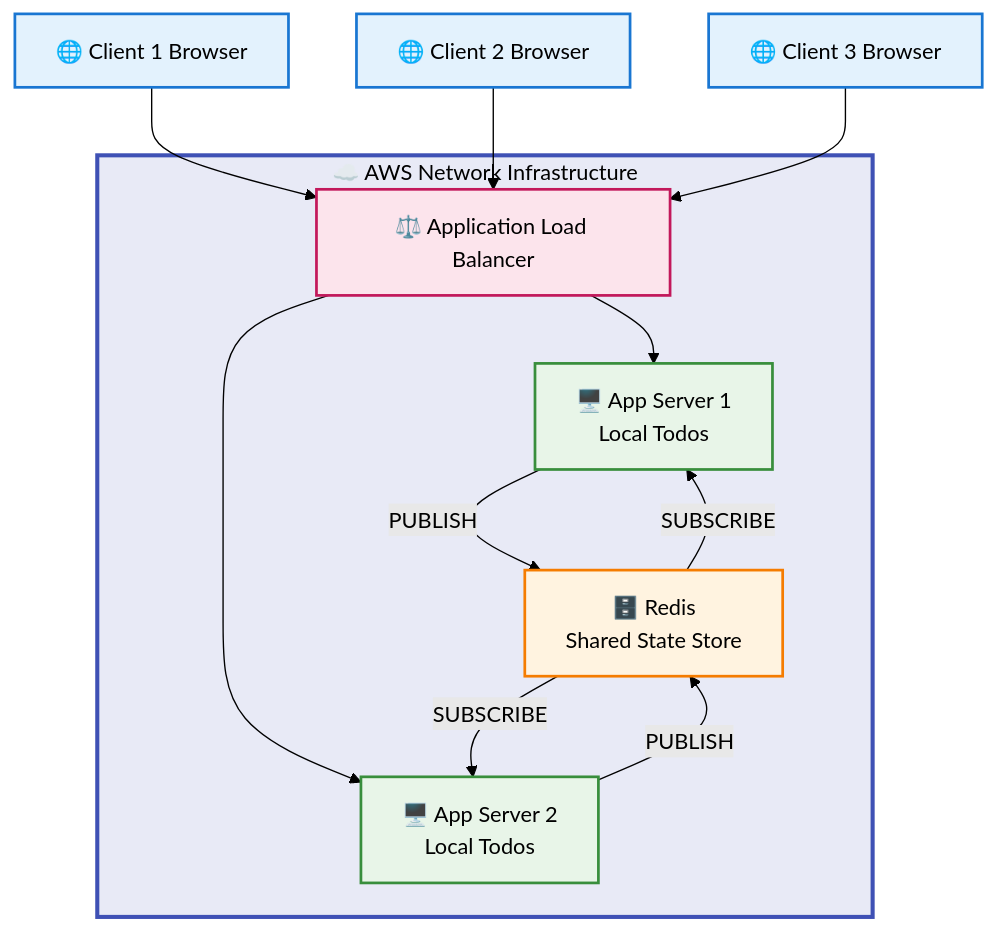
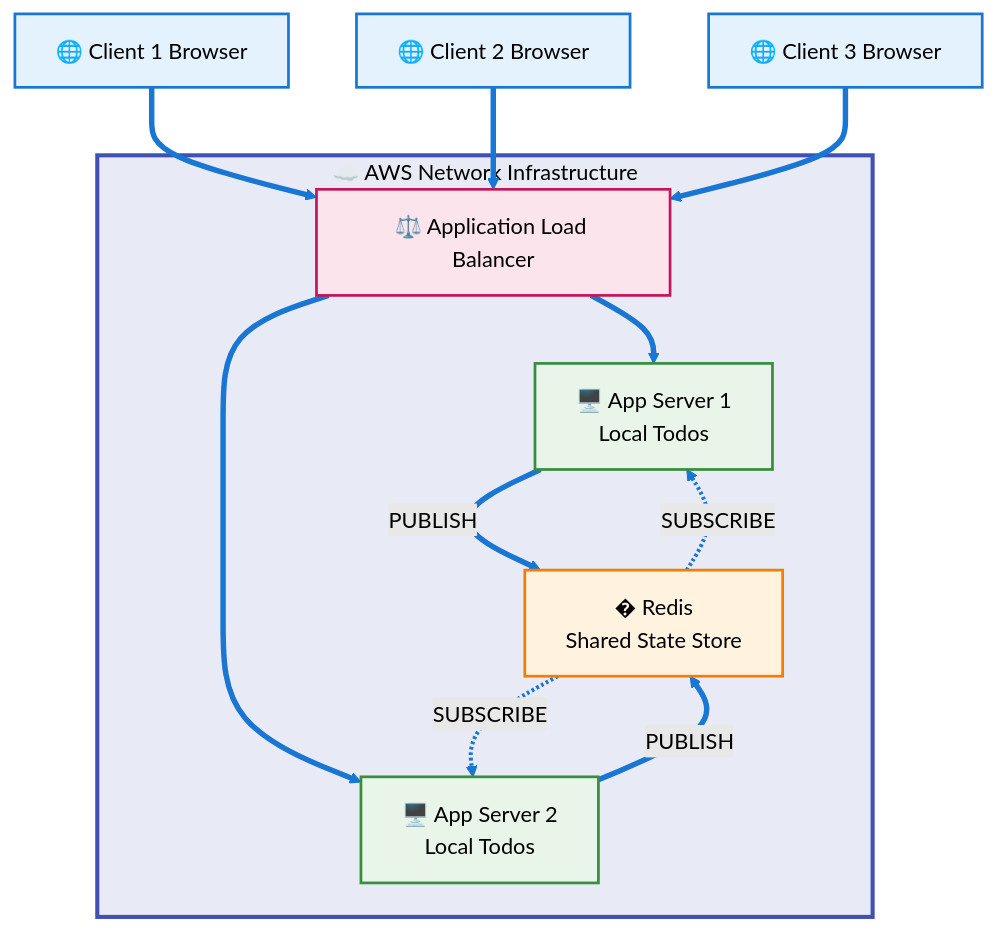
Before and after one commit to Jilan5/mermaid-tester: the diagram in README.md, drawn with Mermaid (forest theme).

````diff
--- a/README.md
+++ b/README.md
@@ -1,38 +1,49 @@
 ```mermaid
 flowchart TD
     %% Clients
     C1[🌐 Client 1 Browser] --> ALB[⚖️ Application Load Balancer]
     C2[🌐 Client 2 Browser] --> ALB
     C3[🌐 Client 3 Browser] --> ALB
     
     %% App Servers
     ALB --> AS1[🖥️ App Server 1<br/>Local Todos]
     ALB --> AS2[🖥️ App Server 2<br/>Local Todos]
     
     %% Redis Shared State
-    AS1 -->|PUBLISH| R[🗄️ Redis<br/>Shared State Store]
+    AS1 -->|PUBLISH| R[� Redis<br/>Shared State Store]
     AS2 -->|PUBLISH| R
-    R -->|SUBSCRIBE| AS1
-    R -->|SUBSCRIBE| AS2
+    R -.->|SUBSCRIBE| AS1
+    R -.->|SUBSCRIBE| AS2
     
     %% AWS Infrastructure
     subgraph AWS["☁️ AWS Network Infrastructure"]
         ALB
         AS1
         AS2
         R
     end
     
     %% Styling
     classDef client fill:#e3f2fd,stroke:#1976d2,stroke-width:2px,color:#000
     classDef alb fill:#fce4ec,stroke:#c2185b,stroke-width:2px,color:#000
     classDef server fill:#e8f5e8,stroke:#388e3c,stroke-width:2px,color:#000
     classDef redis fill:#fff3e0,stroke:#f57c00,stroke-width:2px,color:#000
     classDef aws fill:#e8eaf6,stroke:#3f51b5,stroke-width:3px,color:#000
     
     class C1,C2,C3 client
     class ALB alb
     class AS1,AS2 server
     class R redis
     class AWS aws
+    
+    %% Bold blue arrows
+    linkStyle 0 stroke:#1976d2,stroke-width:4px
+    linkStyle 1 stroke:#1976d2,stroke-width:4px
+    linkStyle 2 stroke:#1976d2,stroke-width:4px
+    linkStyle 3 stroke:#1976d2,stroke-width:4px
+    linkStyle 4 stroke:#1976d2,stroke-width:4px
+    linkStyle 5 stroke:#1976d2,stroke-width:4px
+    linkStyle 6 stroke:#1976d2,stroke-width:4px
+    linkStyle 7 stroke:#1976d2,stroke-width:3px
+    linkStyle 8 stroke:#1976d2,stroke-width:3px
 ```
````
